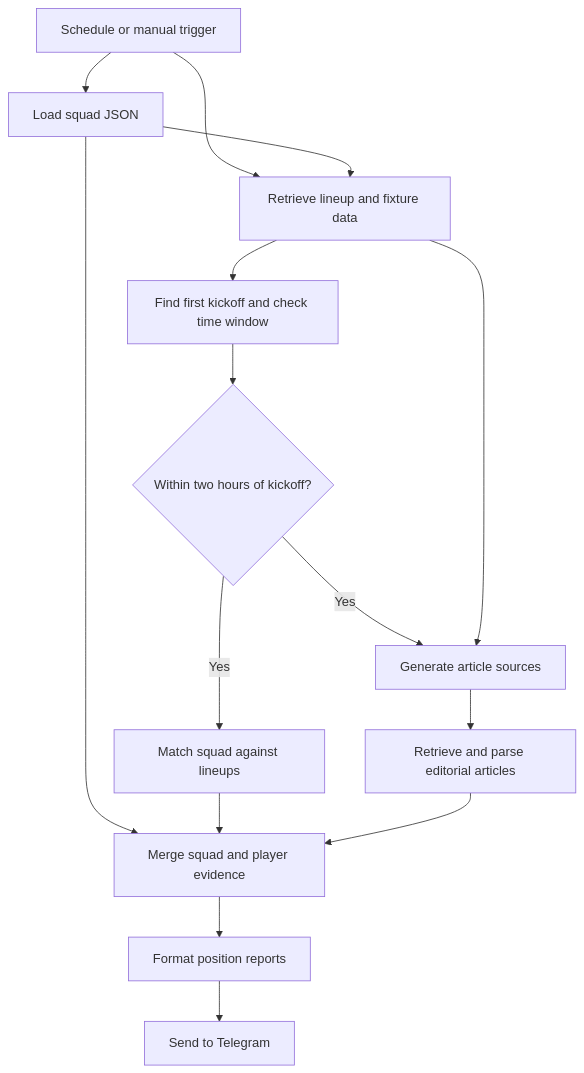
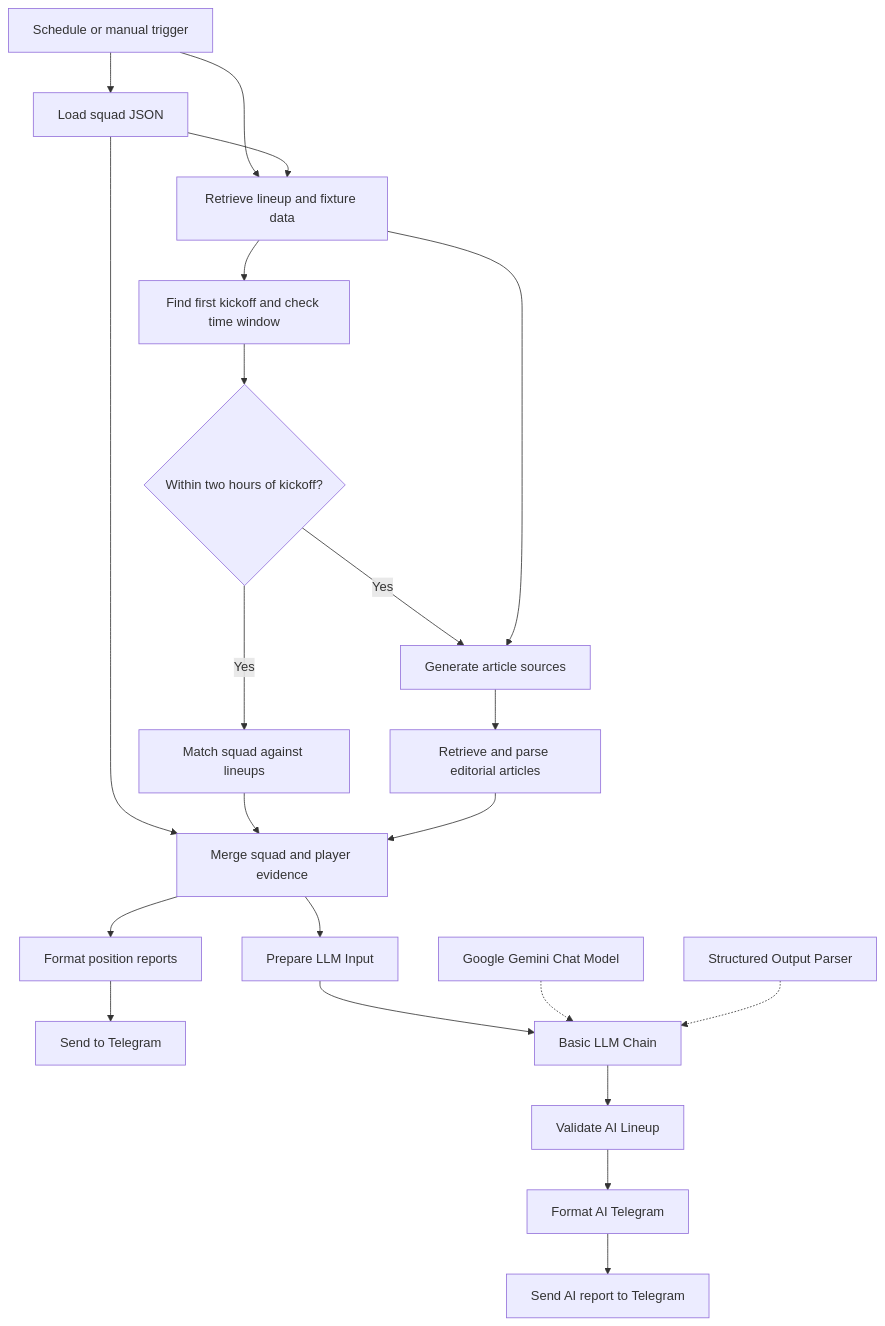
One commit to choppadebug/n8n_FantasyLeague_Assistant changed the diagram in README.md. Above: the diagram before and after it, drawn with Mermaid. The commit also changed other lines of this file and 5 other files, not shown here.

````diff
--- a/README.md
+++ b/README.md
@@ -52,17 +54,24 @@
 ```mermaid
 flowchart TD
     A[Schedule or manual trigger] --> B[Load squad JSON]
     A --> C[Retrieve lineup and fixture data]
     B --> C
     C --> D[Find first kickoff and check time window]
     D --> E{Within two hours of kickoff?}
     E -->|Yes| F[Match squad against lineups]
     E -->|Yes| G[Generate article sources]
     C --> G
     G --> H[Retrieve and parse editorial articles]
     B --> I[Merge squad and player evidence]
     F --> I
     H --> I
     I --> J[Format position reports]
     J --> K[Send to Telegram]
+    I --> L[Prepare LLM Input]
+    L --> M[Basic LLM Chain]
+    N[Google Gemini Chat Model] -.-> M
+    O[Structured Output Parser] -.-> M
+    M --> P[Validate AI Lineup]
+    P --> Q[Format AI Telegram]
+    Q --> R[Send AI report to Telegram]
 ```
````
